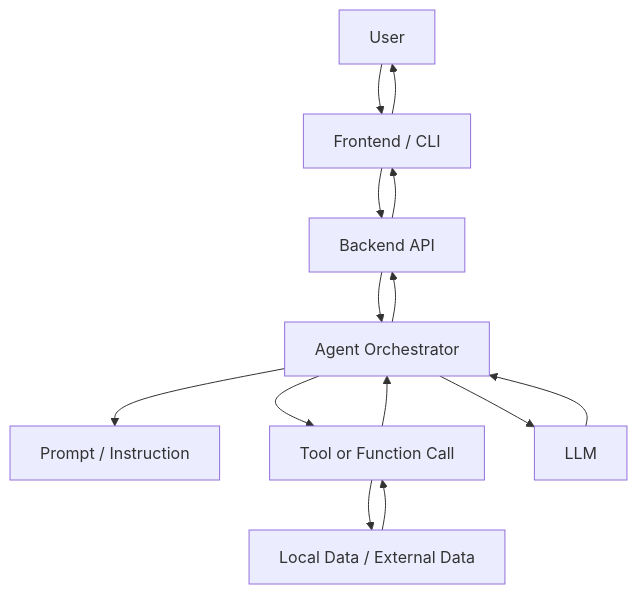
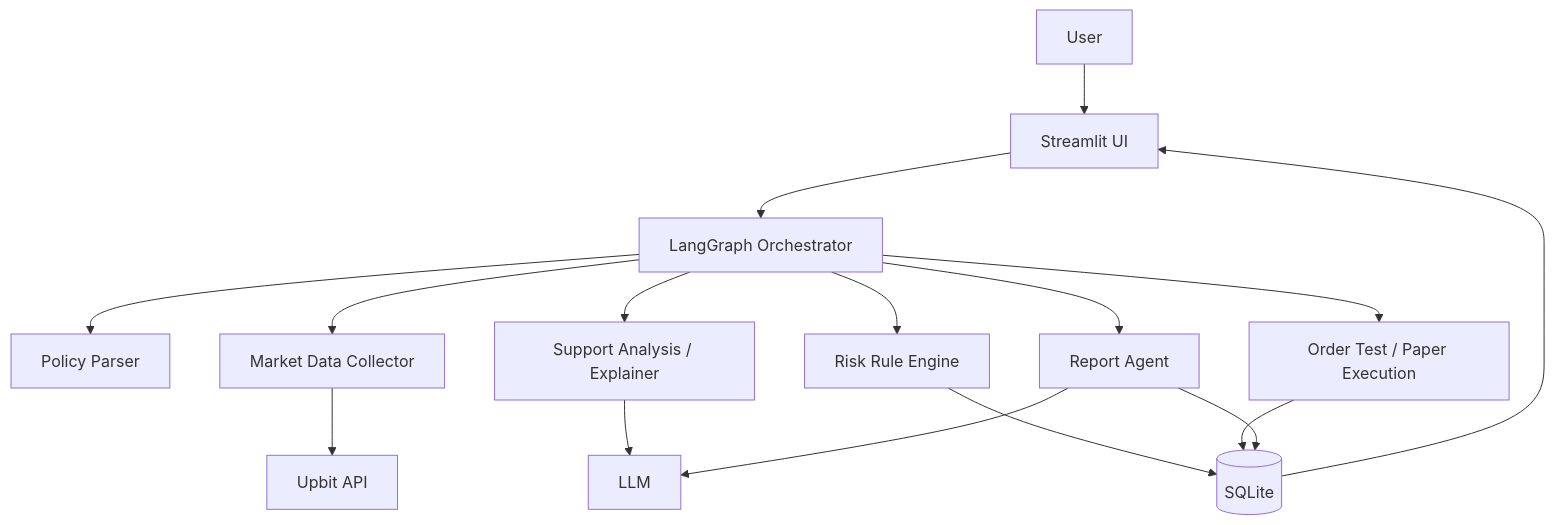
One commit to UpstageAI/sw-maestro-project changed the second of 3 diagrams in PROPOSAL.md. Above: the diagram before and after it, drawn with Mermaid. The commit also changed other lines of this file, not shown here.

````diff
--- a/PROPOSAL.md
+++ b/PROPOSAL.md
@@ -237,16 +183,18 @@
 ```mermaid
 flowchart TD
-    U[User] --> UI[Frontend / CLI]
-    UI --> API[Backend API]
-    API --> AGENT[Agent Orchestrator]
-    AGENT --> PROMPT[Prompt / Instruction]
-    AGENT --> TOOL[Tool or Function Call]
-    AGENT --> LLM[LLM]
-    TOOL --> DATA[Local Data / External Data]
-    DATA --> TOOL
-    LLM --> AGENT
-    TOOL --> AGENT
-    AGENT --> API
-    API --> UI
-    UI --> U
+    U[User] --> UI[Streamlit UI]
+    UI --> ORCH[LangGraph Orchestrator]
+    ORCH --> POLICY[Policy Parser]
+    ORCH --> MARKET[Market Data Collector]
+    ORCH --> ANALYSIS[Support Analysis / Explainer]
+    ORCH --> RISK[Risk Rule Engine]
+    ORCH --> EXEC[Order Test / Paper Execution]
+    ORCH --> REPORT[Report Agent]
+    MARKET --> UPBIT[Upbit API]
+    ANALYSIS --> LLM[LLM]
+    REPORT --> LLM
+    RISK --> STORE[(SQLite)]
+    EXEC --> STORE
+    REPORT --> STORE
+    STORE --> UI
 ```
````
